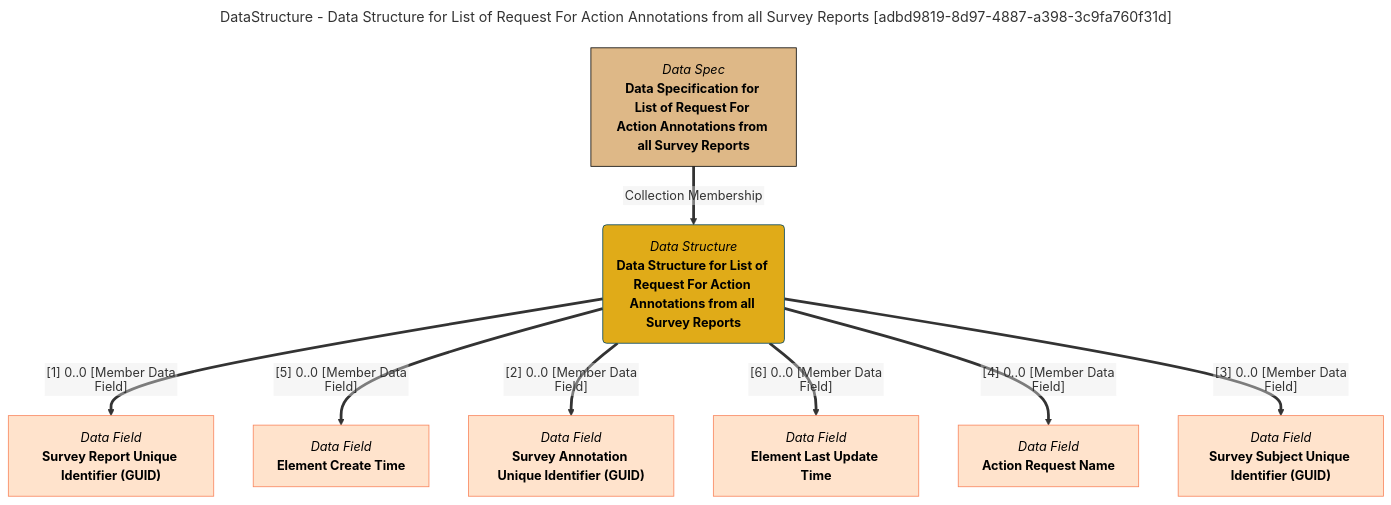
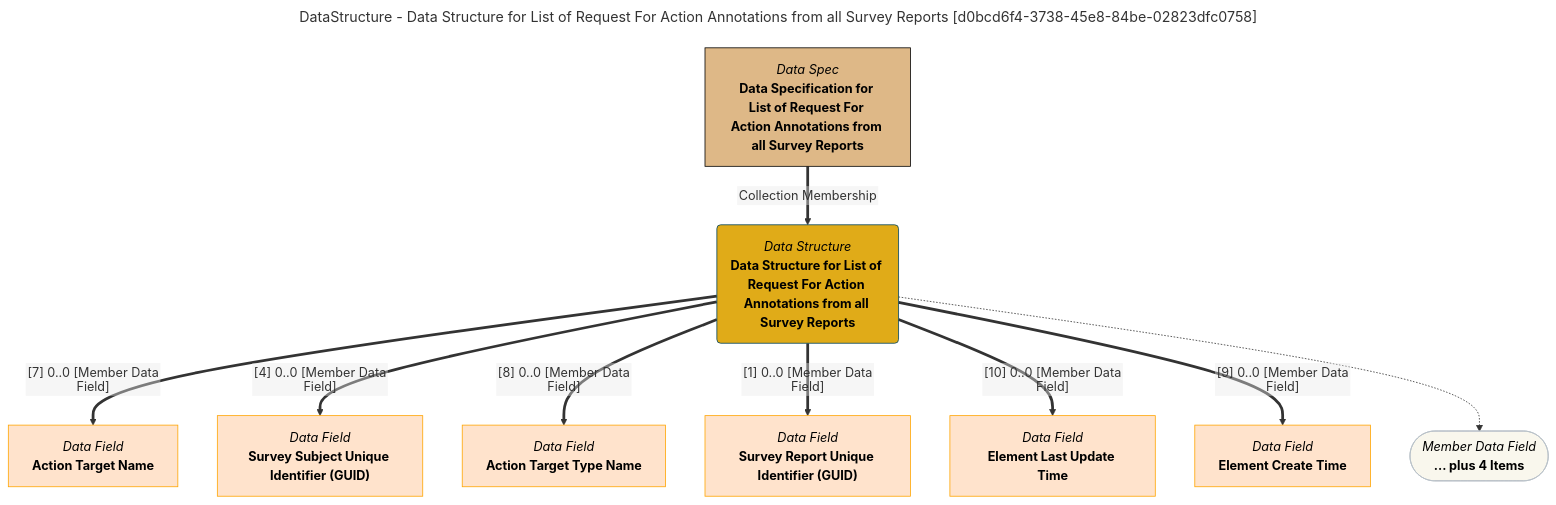
Before and after one commit to odpi/egeria-docs: the diagram in site/snippets/data-structures/data-structure-for-list-of-request-for-action-annotations-from-all-survey-reports-mermaid-graph.md, drawn with Mermaid. The commit also changed other lines of this file and 2201 other files, not shown here.

````diff
--- a/site/snippets/data-structures/data-structure-for-list-of-request-for-action-annotations-from-all-survey-reports-mermaid-graph.md
+++ b/site/snippets/data-structures/data-structure-for-list-of-request-for-action-annotations-from-all-survey-reports-mermaid-graph.md
@@ -1,39 +1,43 @@
 ```mermaid
 ---
-title: DataStructure - Data Structure for List of Request For Action Annotations from all Survey Reports [adbd9819-8d97-4887-a398-3c9fa760f31d]
+title: DataStructure - Data Structure for List of Request For Action Annotations from all Survey Reports [d0bcd6f4-3738-45e8-84be-02823dfc0758]
 ---
 flowchart TD
 %%{init: {"flowchart": {"htmlLabels": false}} }%%
 
 1@{ shape: rounded, label: "*Data Structure*
 **Data Structure for List of Request For Action Annotations from all Survey Reports**"}
 2@{ shape: rect, label: "*Data Spec*
 **Data Specification for List of Request For Action Annotations from all Survey Reports**"}
 2==>|"Collection Membership"|1
 3@{ shape: rect, label: "*Data Field*
+**Action Target Name**"}
+1==>|"[7] 0..0 [Member Data Field]"|3
+4@{ shape: rect, label: "*Data Field*
+**Survey Subject Unique Identifier (GUID)**"}
+1==>|"[4] 0..0 [Member Data Field]"|4
+5@{ shape: rect, label: "*Data Field*
+**Action Target Type Name**"}
+1==>|"[8] 0..0 [Member Data Field]"|5
+6@{ shape: rect, label: "*Data Field*
 **Survey Report Unique Identifier (GUID)**"}
-1==>|"[1] 0..0 [Member Data Field]"|3
-4@{ shape: rect, label: "*Data Field*
+1==>|"[1] 0..0 [Member Data Field]"|6
+7@{ shape: rect, label: "*Data Field*
+**Element Last Update Time**"}
+1==>|"[10] 0..0 [Member Data Field]"|7
+8@{ shape: rect, label: "*Data Field*
 **Element Create Time**"}
-1==>|"[5] 0..0 [Member Data Field]"|4
-5@{ shape: rect, label: "*Data Field*
-**Survey Annotation Unique Identifier (GUID)**"}
-1==>|"[2] 0..0 [Member Data Field]"|5
-6@{ shape: rect, label: "*Data Field*
-**Element Last Update Time**"}
-1==>|"[6] 0..0 [Member Data Field]"|6
-7@{ shape: rect, label: "*Data Field*
-**Action Request Name**"}
-1==>|"[4] 0..0 [Member Data Field]"|7
-8@{ shape: rect, label: "*Data Field*
-**Survey Subject Unique Identifier (GUID)**"}
-1==>|"[3] 0..0 [Member Data Field]"|8
+1==>|"[9] 0..0 [Member Data Field]"|8
+9@{ shape: stadium, label: "*Member Data Field*
+**... plus 4 Items**"}
+1-.->9
 style 1 color:#000000, fill:#e0ab18, stroke:#004563
-style 2 color:#000000, fill:#deb887, stroke:#000000
-style 3 color:#000000, fill:#ffe3cc, stroke:#f9845b
-style 4 color:#000000, fill:#ffe3cc, stroke:#f9845b
-style 5 color:#000000, fill:#ffe3cc, stroke:#f9845b
-style 6 color:#000000, fill:#ffe3cc, stroke:#f9845b
-style 7 color:#000000, fill:#ffe3cc, stroke:#f9845b
-style 8 color:#000000, fill:#ffe3cc, stroke:#f9845b
+style 2 color:#000000, fill:#DEB887, stroke:#000000
+style 3 color:#000000, fill:#ffe3cc, stroke:#FFA500
+style 4 color:#000000, fill:#ffe3cc, stroke:#FFA500
+style 5 color:#000000, fill:#ffe3cc, stroke:#FFA500
+style 6 color:#000000, fill:#ffe3cc, stroke:#FFA500
+style 7 color:#000000, fill:#ffe3cc, stroke:#FFA500
+style 8 color:#000000, fill:#ffe3cc, stroke:#FFA500
+style 9 color:#000000, fill:#F9F7ED, stroke:#b7c0c7
 ```
````
